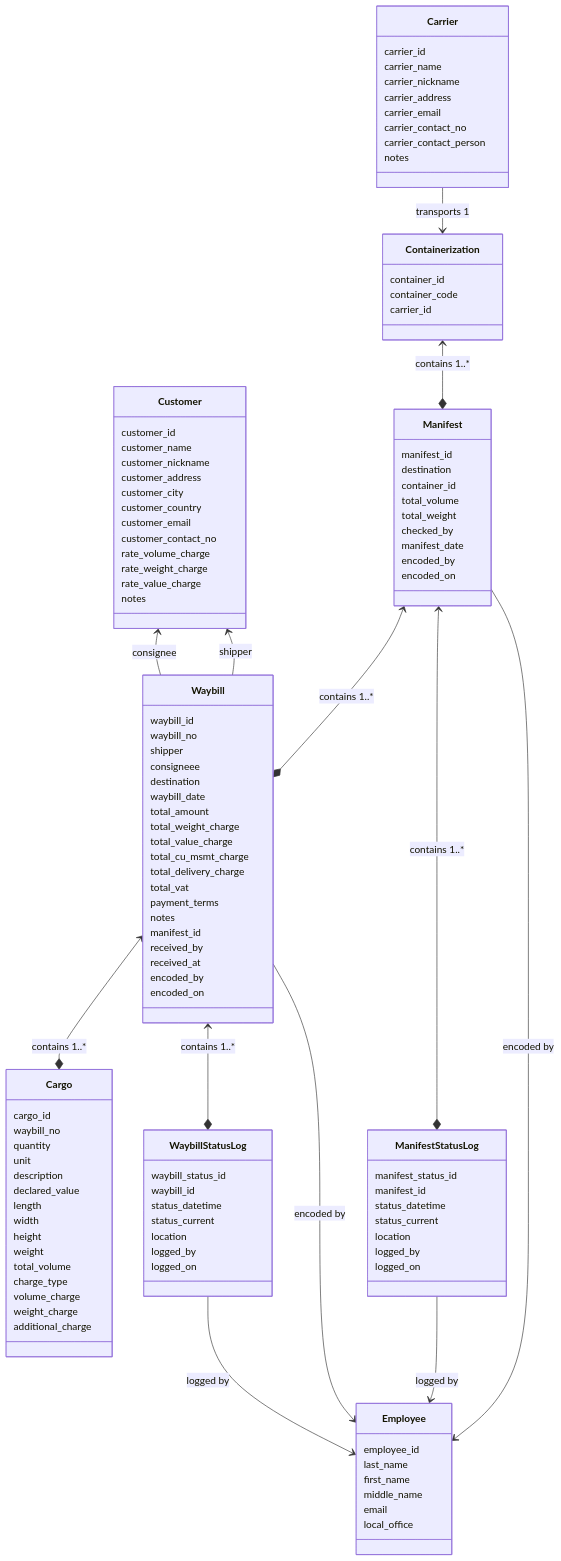
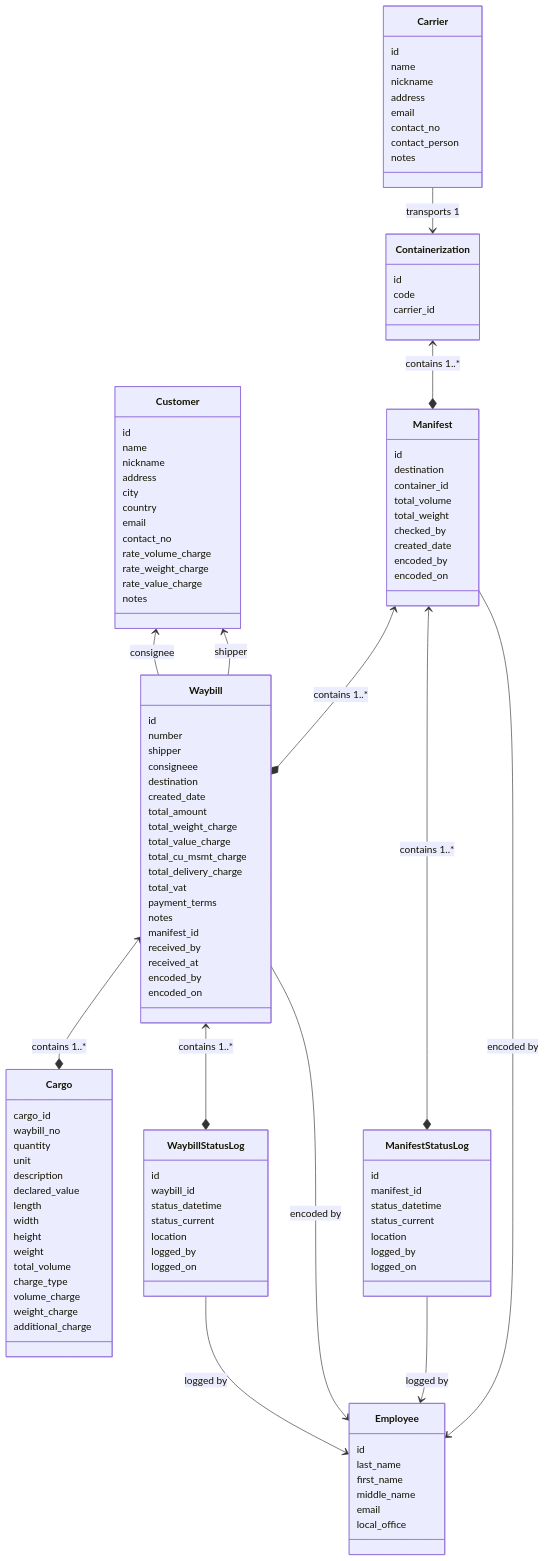
One commit to marteyhaw/ideal-train changed the diagram in docs/MODELS.md. Above: the diagram before and after it, drawn with Mermaid. The commit also changed other lines of this file, not shown here.

```diff
--- a/docs/MODELS.md
+++ b/docs/MODELS.md
@@ -36,36 +36,36 @@
   additional_charge
 }
 class Carrier{
-  carrier_id
-  carrier_name
-  carrier_nickname
-  carrier_address
-  carrier_email
-  carrier_contact_no
-  carrier_contact_person
+  id
+  name
+  nickname
+  address
+  email
+  contact_no
+  contact_person
   notes
 }
 class Containerization{
-  container_id
-  container_code
+  id
+  code
   carrier_id
 }
 class Customer{
-  customer_id
-  customer_name
-  customer_nickname
-  customer_address
-  customer_city
-  customer_country
-  customer_email
-  customer_contact_no
+  id
+  name
+  nickname
+  address
+  city
+  country
+  email
+  contact_no
   rate_volume_charge
   rate_weight_charge
   rate_value_charge
   notes
 }
 class Employee{
-  employee_id
+  id
   last_name
   first_name
   middle_name
@@ -73,18 +73,18 @@
   local_office
 }
 class Manifest{
-  manifest_id
+  id
   destination
   container_id
   total_volume
   total_weight
   checked_by
-  manifest_date
+  created_date
   encoded_by
   encoded_on
 }
 class ManifestStatusLog{
-  manifest_status_id
+  id
   manifest_id
   status_datetime
   status_current
@@ -93,12 +93,12 @@
   logged_on
 }
 class Waybill{
-  waybill_id
-  waybill_no
+  id
+  number
   shipper
   consigneee
   destination
-  waybill_date
+  created_date
   total_amount
   total_weight_charge
   total_value_charge
@@ -114,7 +114,7 @@
   encoded_on
 }
 class WaybillStatusLog{
-  waybill_status_id
+  id
   waybill_id
   status_datetime
   status_current
```
